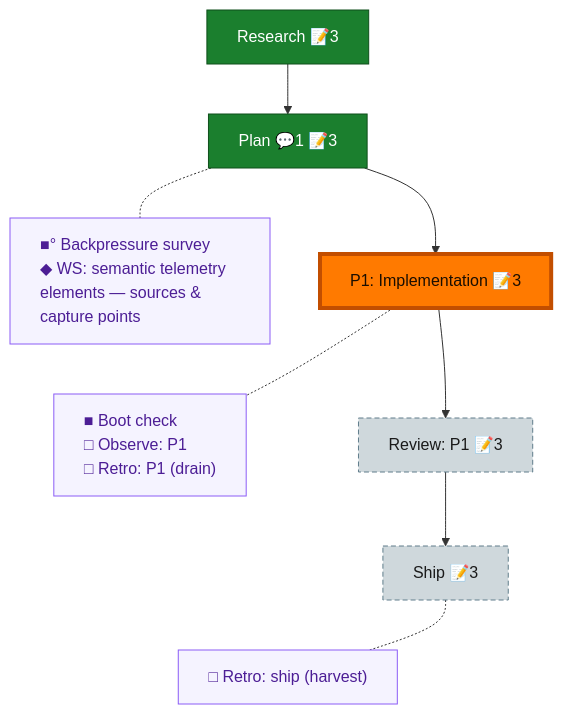
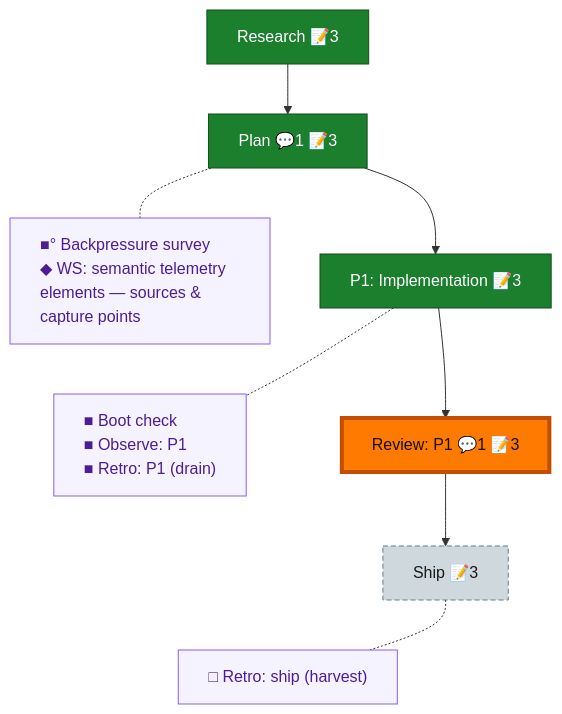
The diagram in docs/plans/050-semantic-artifact-telemetry/the-flow.md (AI-Substrate/harness-engineering), drawn with Mermaid before and after one commit. The commit also changed other lines of this file and 2 other files, not shown here.

Commit message:
chore(retro): drain 16 observations (eval batches 4-6 + plan-050) to committed record; flow 050 phase-1+review done

````diff
--- a/docs/plans/050-semantic-artifact-telemetry/the-flow.md
+++ b/docs/plans/050-semantic-artifact-telemetry/the-flow.md
@@ -8,29 +8,28 @@
 ```mermaid
 flowchart TD
     research["Research 📝3"]:::done
     plan["Plan 💬1 📝3"]:::done
-    phase_1["P1: Implementation 📝3"]:::wip
-    review_1["Review: P1 📝3"]:::assumed
+    phase_1["P1: Implementation 📝3"]:::done
+    review_1["Review: P1 💬1 📝3"]:::done
     ship["Ship 📝3"]:::assumed
 
     research --> plan --> phase_1 --> review_1 --> ship
 
     planC["■° Backpressure survey<br/>◆ WS: semantic telemetry elements — sources & capture points"]:::chore
-    phase_1C["■ Boot check<br/>□ Observe: P1<br/>□ Retro: P1 (drain)"]:::chore
+    phase_1C["■ Boot check<br/>■ Observe: P1<br/>■ Retro: P1 (drain)"]:::chore
     shipC["□ Retro: ship (harvest)"]:::chore
 
     %% invisible chain holds the gutter boxes in their own column
     planC ~~~ phase_1C ~~~ shipC
 
     %% dotted links pull each gutter box beside its node
     plan -.- planC
     phase_1 -.- phase_1C
     ship -.- shipC
 
     classDef done fill:#1B7F2E,stroke:#0F4F1B,color:#fff;
-    classDef wip fill:#43C04A,stroke:#1B7F2E,color:#04210A;
     classDef assumed fill:#CFD8DC,stroke:#607D8B,color:#1a1a1a,stroke-dasharray:5 3;
     classDef chore fill:#f5f3ff,stroke:#8b5cf6,color:#4c1d95,text-align:left;
     classDef current fill:#FF7A00,stroke:#C24E00,color:#1a0e00,stroke-width:4px;
-    class phase_1 current;
+    class review_1 current;
 ```
````
